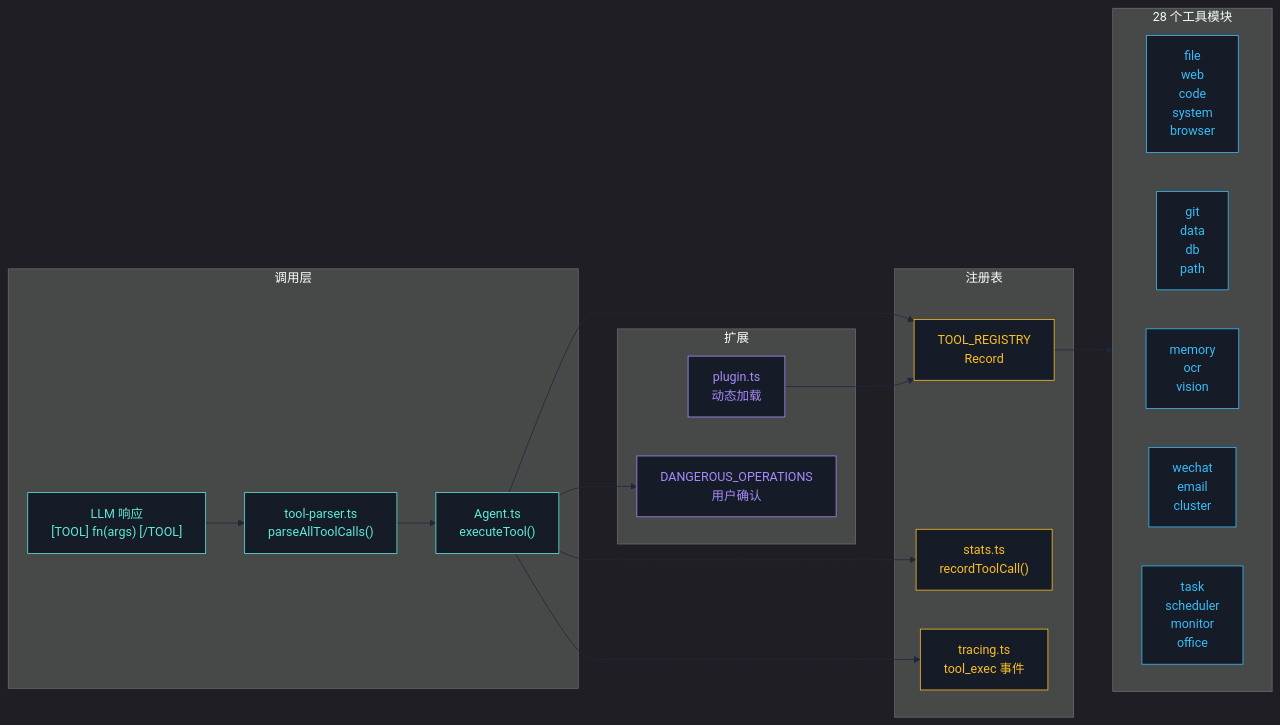
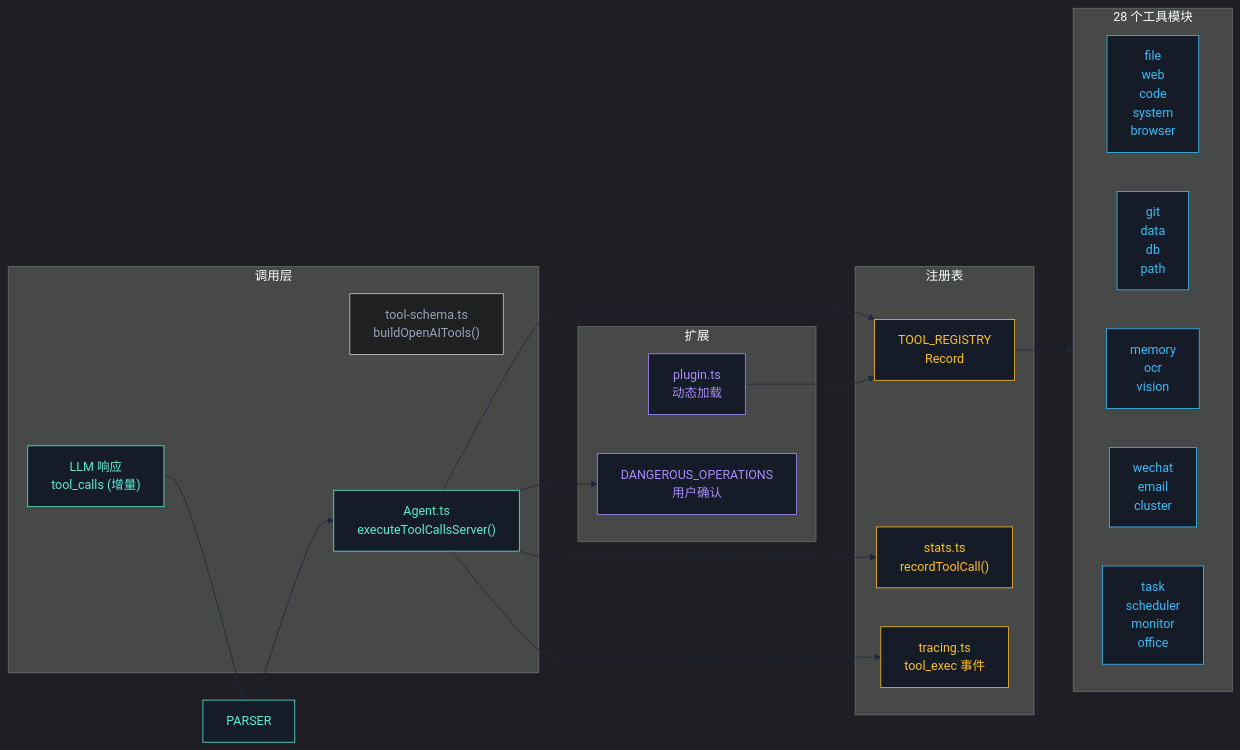
One commit to 1486853830/CogitoAgent changed the first of 3 diagrams in README.zh.md. Above: the diagram before and after it, drawn with Mermaid. The commit also changed other lines of this file and 39 other files, not shown here.

````diff
--- a/README.zh.md
+++ b/README.zh.md
@@ -102,48 +102,48 @@
 ```mermaid
 %%{init: {"theme": "dark", "themeVariables": {"bgColor": "#0b0e14", "primaryColor": "#5eead4", "primaryTextColor": "#5eead4", "primaryBorderColor": "#5eead4", "lineColor": "#1e293b", "textColor": "#94a3b8", "fontFamily": "JetBrains Mono, monospace", "fontSize": "10", "secondaryColor": "#161b28", "tertiaryColor": "#1c2230"}}}%%
 flowchart LR
     subgraph INVOCATION["调用层"]
-        LLM["LLM 响应<br/>[TOOL] fn(args) [/TOOL]"]
-        PARSER["tool-parser.ts<br/>parseAllToolCalls()"]
-        EXECUTOR["Agent.ts<br/>executeTool()"]
+        LLM["LLM 响应<br/>tool_calls (增量)"]
+        SCHEMA["tool-schema.ts<br/>buildOpenAITools()"]
+        EXECUTOR["Agent.ts<br/>executeToolCallsServer()"]
     end
 
     subgraph REGISTRY["注册表"]
         REG["TOOL_REGISTRY<br/>Record<string, ToolEntry>"]
         STATS["stats.ts<br/>recordToolCall()"]
         TRACE["tracing.ts<br/>tool_exec 事件"]
     end
 
     subgraph MODULES["28 个工具模块"]
         direction LR
         CORE1["file<br/>web<br/>code<br/>system<br/>browser"]
         CORE2["git<br/>data<br/>db<br/>path"]
         AI["memory<br/>ocr<br/>vision"]
         COMM["wechat<br/>email<br/>cluster"]
         AUTO["task<br/>scheduler<br/>monitor<br/>office"]
     end
 
     subgraph EXTENSION["扩展"]
         PLUGIN["plugin.ts<br/>动态加载"]
         DANGER["DANGEROUS_OPERATIONS<br/>用户确认"]
     end
 
     LLM --> PARSER
     PARSER --> EXECUTOR
     EXECUTOR --> REG
     REG --> MODULES
     EXECUTOR --> STATS
     EXECUTOR --> TRACE
     EXECUTOR --> DANGER
     PLUGIN --> REG
 
     classDef invocation fill:#161b28,stroke:#5eead4,color:#5eead4;
     classDef registry fill:#161b28,stroke:#fbbf24,color:#fbbf24;
     classDef modules fill:#161b28,stroke:#38bdf8,color:#38bdf8;
     classDef extension fill:#161b28,stroke:#a78bfa,color:#a78bfa;
 
     class LLM,PARSER,EXECUTOR invocation;
     class REG,STATS,TRACE registry;
     class CORE1,CORE2,AI,COMM,AUTO modules;
     class PLUGIN,DANGER extension;
 ```
````
